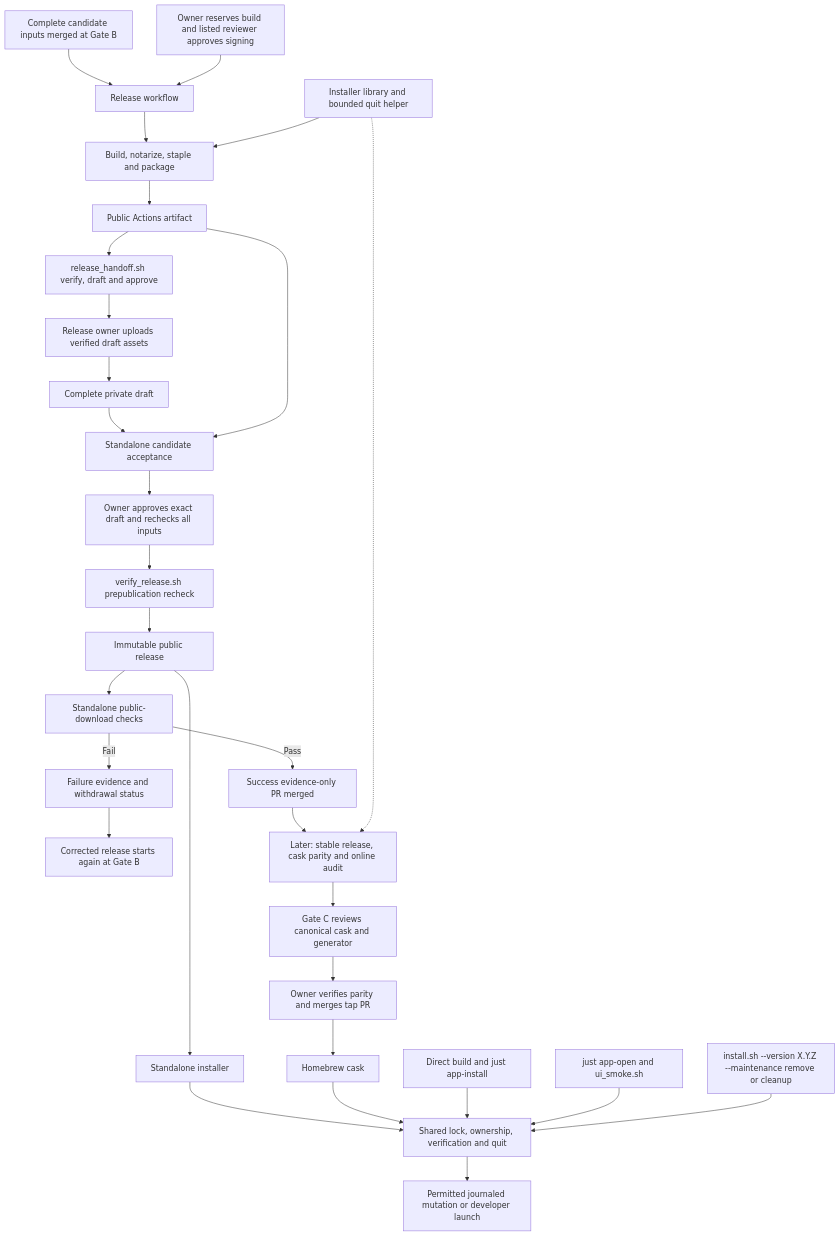
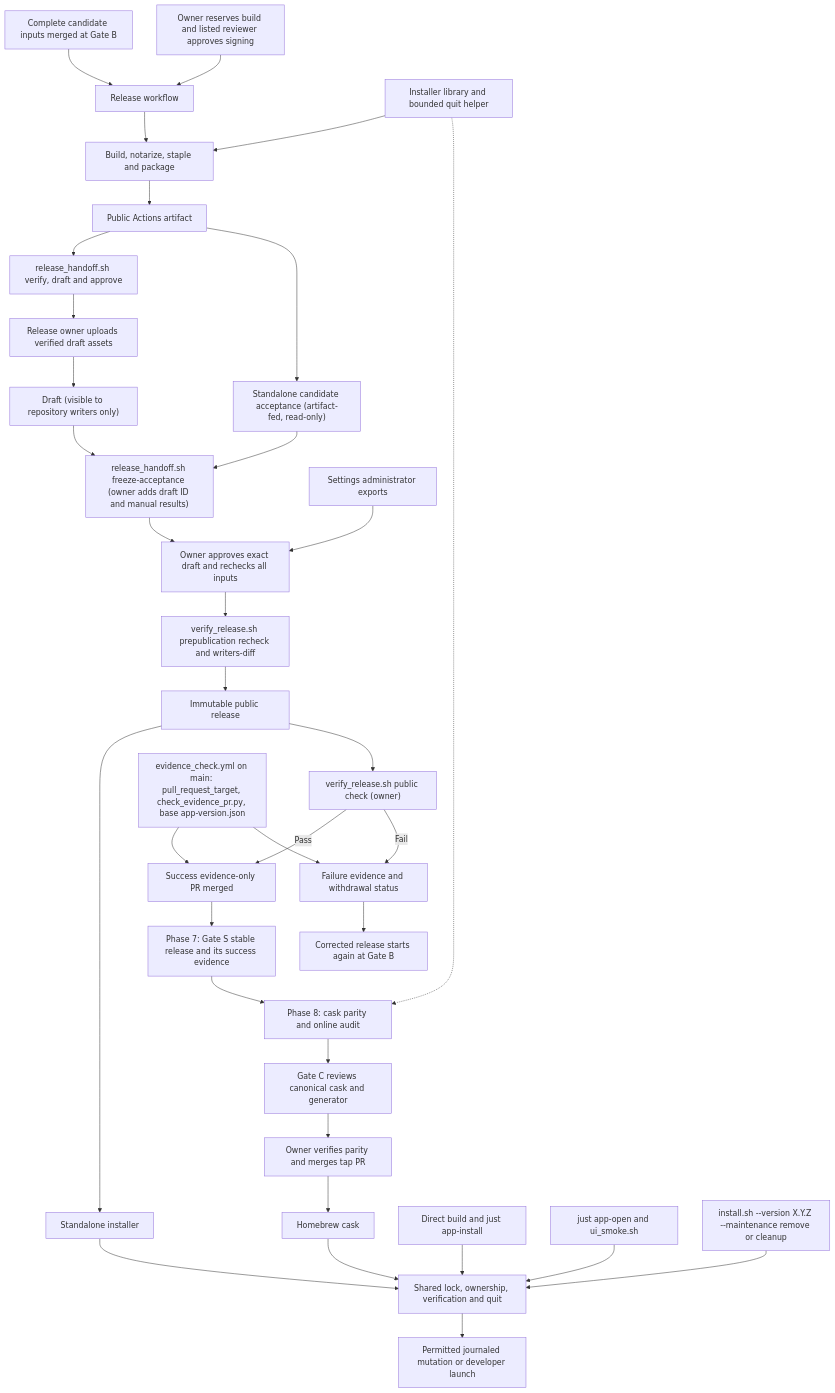
Before and after one commit to pipecat-ai/pipecat-service-toolbar: the first of 2 diagrams in docs/plans/20261117-feature-app-distribution.md, drawn with Mermaid. The commit also changed other lines of this file, not shown here.

````diff
--- a/docs/plans/20261117-feature-app-distribution.md
+++ b/docs/plans/20261117-feature-app-distribution.md
@@ -993,32 +1206,37 @@
 ```mermaid
 graph TD
     Commit["Complete candidate inputs merged at Gate B"] --> Workflow["Release workflow"]
     Approval["Owner reserves build and listed reviewer approves signing"] --> Workflow
     Workflow --> Package["Build, notarize, staple and package"]
     Helpers["Installer library and bounded quit helper"] --> Package
     Package --> Store["Public Actions artifact"]
     Store --> HandoffTool["release_handoff.sh verify, draft and approve"]
     HandoffTool --> DraftOwner["Release owner uploads verified draft assets"]
-    DraftOwner --> Draft["Complete private draft"]
-    Draft --> Candidate["Standalone candidate acceptance"]
-    Store --> Candidate
-    Candidate --> Owner["Owner approves exact draft and rechecks all inputs"]
-    Owner --> Verify["verify_release.sh prepublication recheck"]
+    DraftOwner --> Draft["Draft (visible to repository writers only)"]
+    Store --> Candidate["Standalone candidate acceptance (artifact-fed, read-only)"]
+    Candidate --> Freeze["release_handoff.sh freeze-acceptance (owner adds draft ID and manual results)"]
+    Draft --> Freeze
+    Freeze --> Owner["Owner approves exact draft and rechecks all inputs"]
+    Exports["Settings administrator exports"] --> Owner
+    Owner --> Verify["verify_release.sh prepublication recheck and writers-diff"]
     Verify --> Release["Immutable public release"]
     Release --> CLI["Standalone installer"]
-    Release --> Public["Standalone public-download checks"]
+    Release --> Public["verify_release.sh public check (owner)"]
     Public -->|Pass| EvidencePR["Success evidence-only PR merged"]
     Public -->|Fail| FailureRecord["Failure evidence and withdrawal status"]
+    EvidenceCheck["evidence_check.yml on main: pull_request_target, check_evidence_pr.py, base app-version.json"] --> EvidencePR
+    EvidenceCheck --> FailureRecord
     FailureRecord --> Correction["Corrected release starts again at Gate B"]
-    EvidencePR --> BrewCheck["Later: stable release, cask parity and online audit"]
+    EvidencePR --> Stable["Phase 7: Gate S stable release and its success evidence"]
+    Stable --> BrewCheck["Phase 8: cask parity and online audit"]
     Helpers -.-> BrewCheck
     BrewCheck --> GateC["Gate C reviews canonical cask and generator"]
     GateC --> Tap["Owner verifies parity and merges tap PR"]
     Tap --> Cask["Homebrew cask"]
     CLI --> Guard["Shared lock, ownership, verification and quit"]
     Cask --> Guard
     Dev["Direct build and just app-install"] --> Guard
     Open["just app-open and ui_smoke.sh"] --> Guard
     Maint["install.sh --version X.Y.Z --maintenance remove or cleanup"] --> Guard
     Guard --> Install["Permitted journaled mutation or developer launch"]
 ```
````
